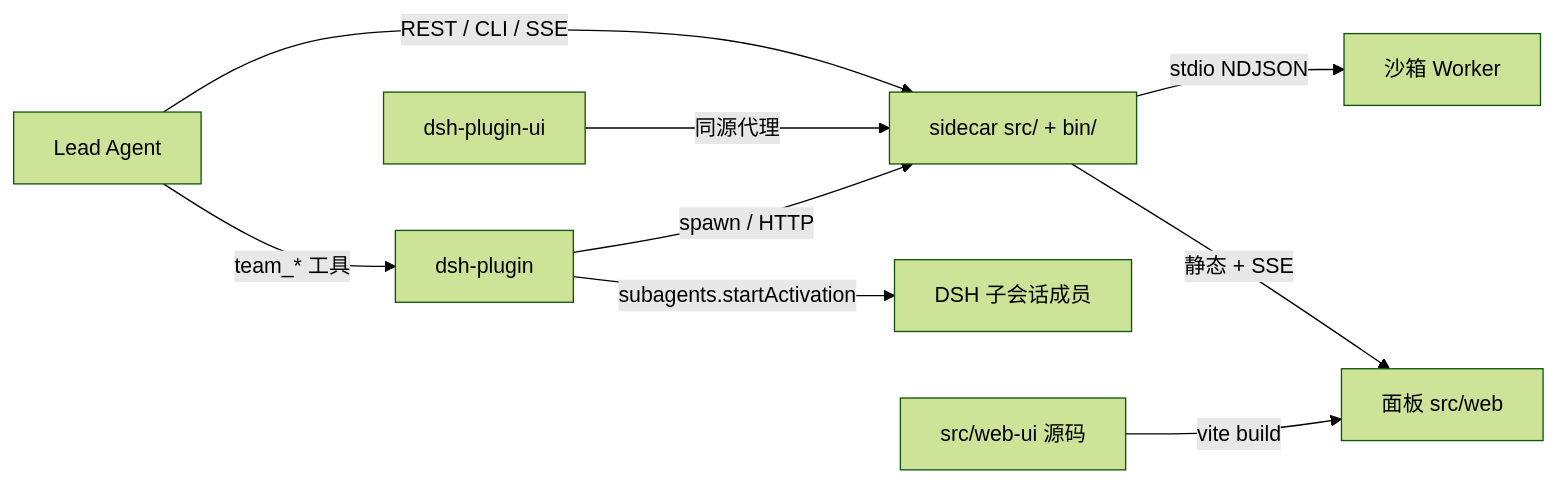
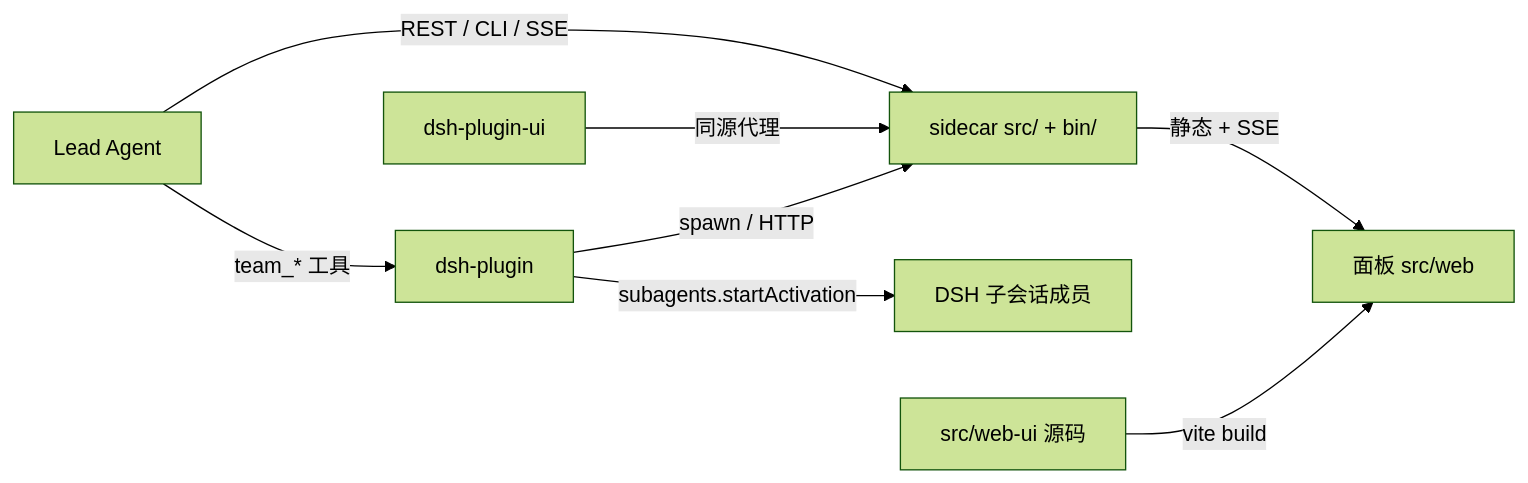
The diagram in CLAUDE.md (hunmer/dsh-team-control), drawn with Mermaid (forest theme) before and after one commit. The commit also changed other lines of this file and 77 other files, not shown here.

````diff
--- a/CLAUDE.md
+++ b/CLAUDE.md
@@ -40,11 +40,10 @@
 ```mermaid
 graph LR
   Lead[Lead Agent] -->|REST / CLI / SSE| SC[sidecar src/ + bin/]
   Lead -->|team_* 工具| HP[dsh-plugin]
   HP -->|spawn / HTTP| SC
   HP -->|subagents.startActivation| AG[DSH 子会话成员]
-  SC -->|stdio NDJSON| WK[沙箱 Worker]
   SC -->|静态 + SSE| UI[面板 src/web]
   WUI[dsh-plugin-ui] -->|同源代理| SC
   SRC[src/web-ui 源码] -->|vite build| UI
 ```
````
